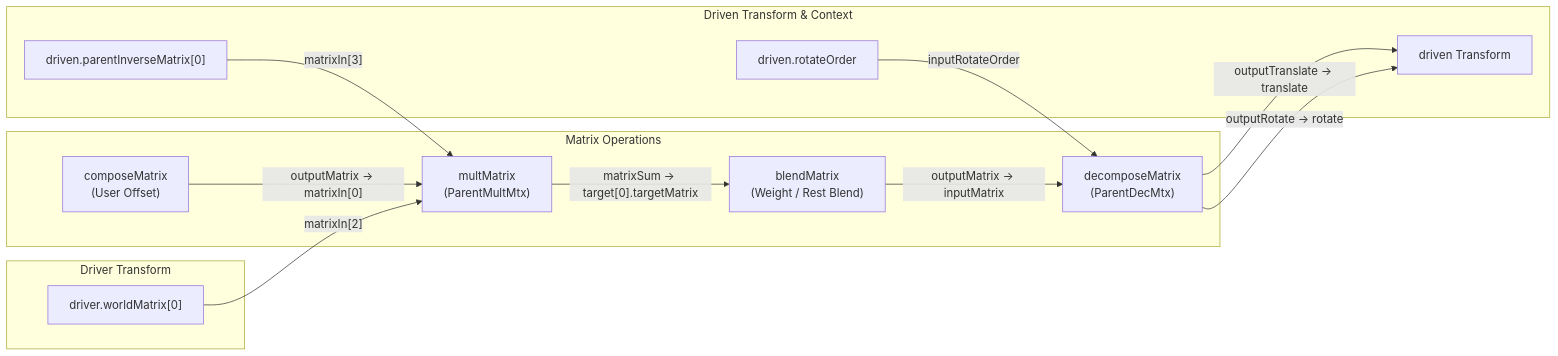
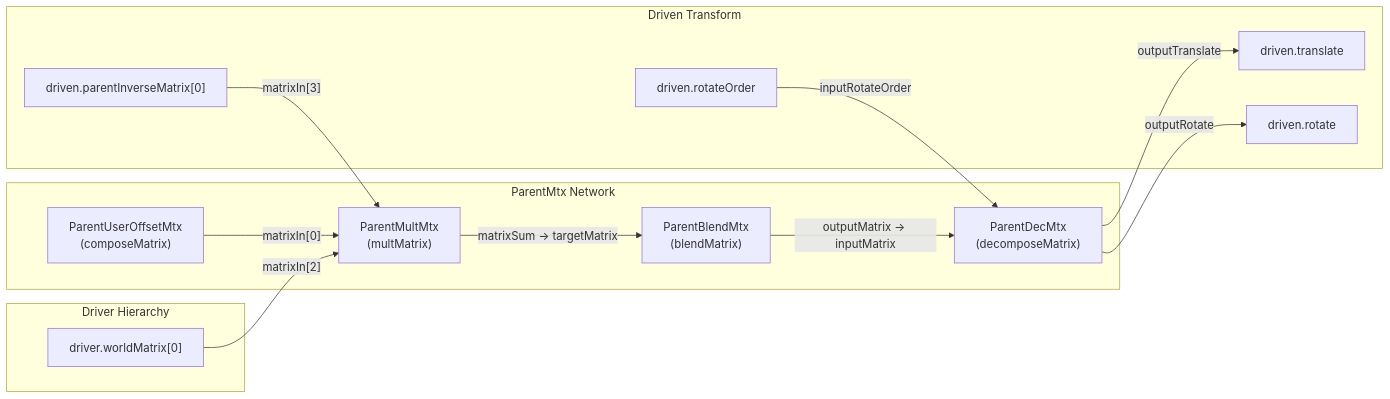
The second of 3 diagrams in tools/matrix-constraints/README.md (HugoQ-dev/maya-showcase), drawn with Mermaid before and after one commit. The commit also changed other lines of this file and 5 other files, not shown here.

````diff
--- a/tools/matrix-constraints/README.md
+++ b/tools/matrix-constraints/README.md
@@ -70,28 +63,29 @@
 ```mermaid
 graph LR
-    subgraph Driver ["Driver Transform"]
+    subgraph Driver ["Driver Hierarchy"]
         D_WM["driver.worldMatrix[0]"]
     end
 
-    subgraph MatrixNetwork ["Matrix Operations"]
-        U_OFF["composeMatrix\n(User Offset)"]
-        MULT["multMatrix\n(ParentMultMtx)"]
-        BLEND["blendMatrix\n(Weight / Rest Blend)"]
-        DEC["decomposeMatrix\n(ParentDecMtx)"]
+    subgraph Network ["ParentMtx Network"]
+        U_OFF["ParentUserOffsetMtx\n(composeMatrix)"]
+        MULT["ParentMultMtx\n(multMatrix)"]
+        BLEND["ParentBlendMtx\n(blendMatrix)"]
+        DEC["ParentDecMtx\n(decomposeMatrix)"]
     end
 
-    subgraph DrivenHierarchy ["Driven Transform & Context"]
+    subgraph Driven ["Driven Transform"]
         T_PIM["driven.parentInverseMatrix[0]"]
         RO["driven.rotateOrder"]
-        DRV["driven Transform"]
+        T_OUT["driven.translate"]
+        R_OUT["driven.rotate"]
     end
 
-    U_OFF -->|"outputMatrix -> matrixIn[0]"| MULT
+    U_OFF -->|"matrixIn[0]"| MULT
     D_WM -->|"matrixIn[2]"| MULT
     T_PIM -->|"matrixIn[3]"| MULT
-    MULT -->|"matrixSum -> target[0].targetMatrix"| BLEND
+    MULT -->|"matrixSum -> targetMatrix"| BLEND
     BLEND -->|"outputMatrix -> inputMatrix"| DEC
     RO -->|"inputRotateOrder"| DEC
-    DEC -->|"outputTranslate -> translate"| DRV
-    DEC -->|"outputRotate -> rotate"| DRV
+    DEC -->|"outputTranslate"| T_OUT
+    DEC -->|"outputRotate"| R_OUT
 ```
````
